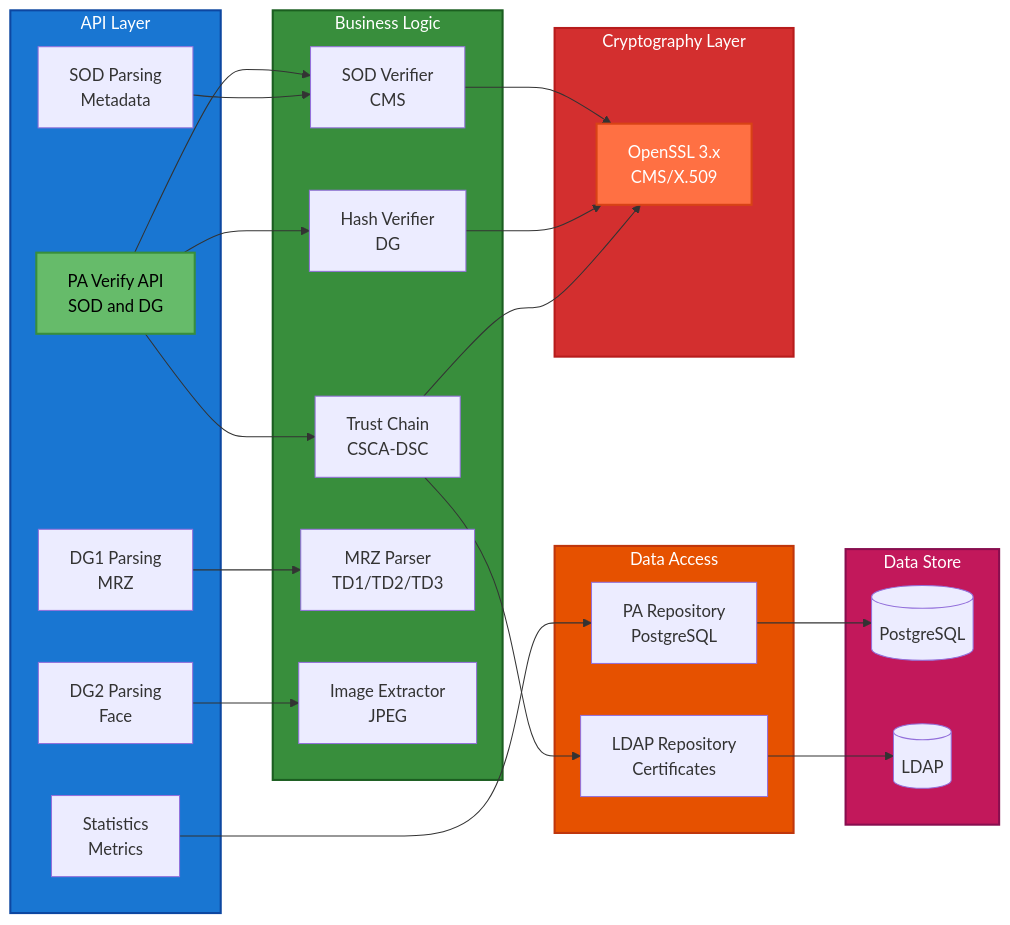
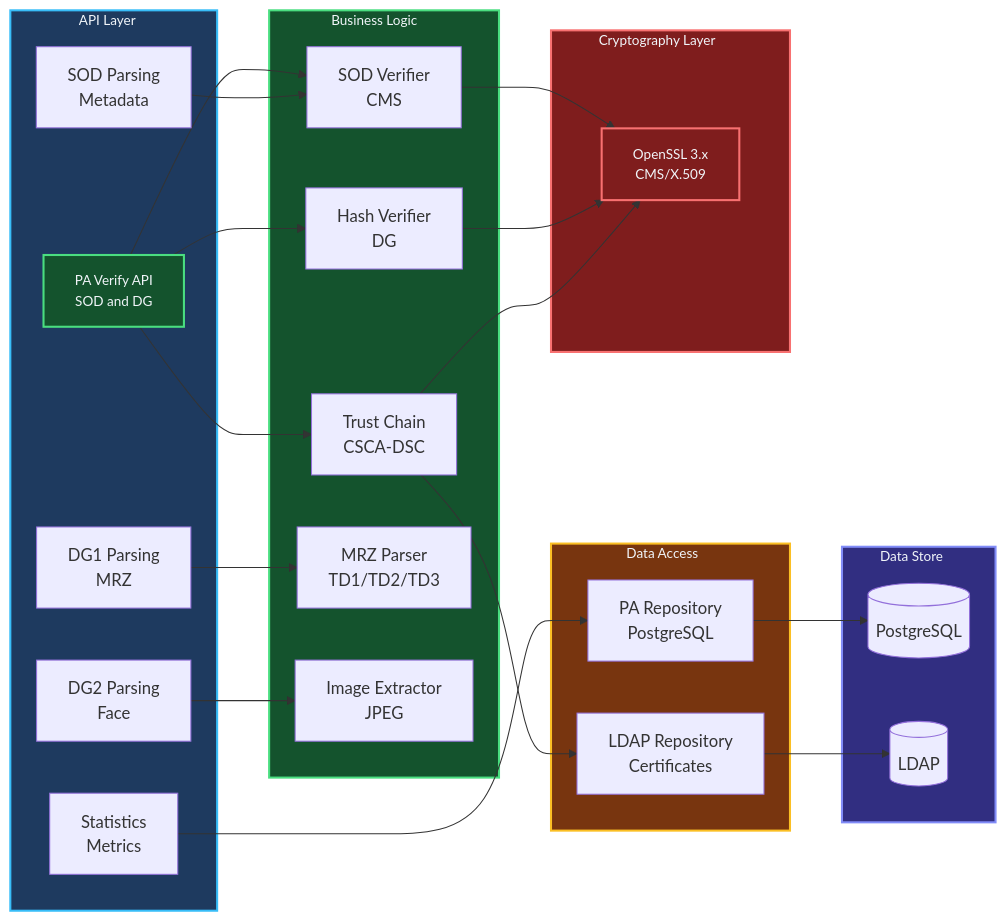
Before and after one commit to iland112/icao-local-pkd-cpp: the third of 17 diagrams in docs/ARCHITECTURE.md, drawn with Mermaid. The commit also changed other lines of this file and 27 other files, not shown here.

````diff
--- a/docs/ARCHITECTURE.md
+++ b/docs/ARCHITECTURE.md
@@ -387,59 +387,59 @@
 ```mermaid
 flowchart LR
     subgraph API["API Layer"]
         Verify["PA Verify API<br/>SOD and DG"]
         ParseSOD["SOD Parsing<br/>Metadata"]
         ParseDG1["DG1 Parsing<br/>MRZ"]
         ParseDG2["DG2 Parsing<br/>Face"]
         Stats["Statistics<br/>Metrics"]
     end
 
     subgraph Logic["Business Logic"]
         SODVerify["SOD Verifier<br/>CMS"]
         HashVerify["Hash Verifier<br/>DG"]
         ChainVerify["Trust Chain<br/>CSCA-DSC"]
         MRZParser["MRZ Parser<br/>TD1/TD2/TD3"]
         ImageExtractor["Image Extractor<br/>JPEG"]
     end
 
     subgraph DataAccess["Data Access"]
         PARepo["PA Repository<br/>PostgreSQL"]
         LDAPRepo["LDAP Repository<br/>Certificates"]
     end
 
     subgraph Crypto["Cryptography Layer"]
         OpenSSL["OpenSSL 3.x<br/>CMS/X.509"]
     end
 
     subgraph DataStore["Data Store"]
         DB[("PostgreSQL")]
         LDAPS[("LDAP")]
     end
 
     Verify --> SODVerify
     Verify --> HashVerify
     Verify --> ChainVerify
 
     ParseSOD --> SODVerify
     ParseDG1 --> MRZParser
     ParseDG2 --> ImageExtractor
 
     SODVerify --> OpenSSL
     HashVerify --> OpenSSL
     ChainVerify --> LDAPRepo
     ChainVerify --> OpenSSL
 
     Stats --> PARepo
 
     PARepo --> DB
     LDAPRepo --> LDAPS
 
-    style API fill:#1976D2,stroke:#0D47A1,stroke-width:2px,color:#fff
-    style Logic fill:#388E3C,stroke:#1B5E20,stroke-width:2px,color:#fff
-    style DataAccess fill:#E65100,stroke:#BF360C,stroke-width:2px,color:#fff
-    style Crypto fill:#D32F2F,stroke:#B71C1C,stroke-width:2px,color:#fff
-    style DataStore fill:#C2185B,stroke:#880E4F,stroke-width:2px,color:#fff
+    style API fill:#1e3a5f,stroke:#38bdf8,stroke-width:2px,color:#f1f5f9,font-size:13px
+    style Logic fill:#14532d,stroke:#4ade80,stroke-width:2px,color:#f1f5f9,font-size:13px
+    style DataAccess fill:#78350f,stroke:#fbbf24,stroke-width:2px,color:#f1f5f9,font-size:13px
+    style Crypto fill:#7f1d1d,stroke:#f87171,stroke-width:2px,color:#f1f5f9,font-size:13px
+    style DataStore fill:#312e81,stroke:#818cf8,stroke-width:2px,color:#f1f5f9,font-size:13px
 
-    style Verify fill:#66BB6A,stroke:#388E3C,stroke-width:2px,color:#000
-    style OpenSSL fill:#FF7043,stroke:#D84315,stroke-width:2px,color:#fff
+    style Verify fill:#14532d,stroke:#4ade80,stroke-width:2px,color:#f1f5f9,font-size:13px
+    style OpenSSL fill:#7f1d1d,stroke:#f87171,stroke-width:2px,color:#f1f5f9,font-size:13px
 ```
````
